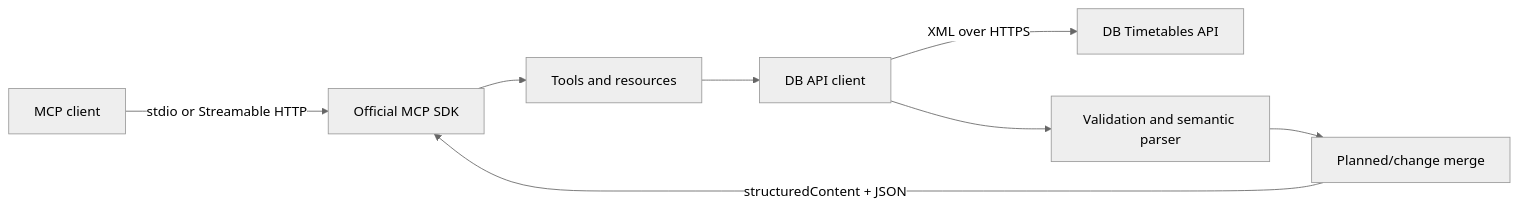
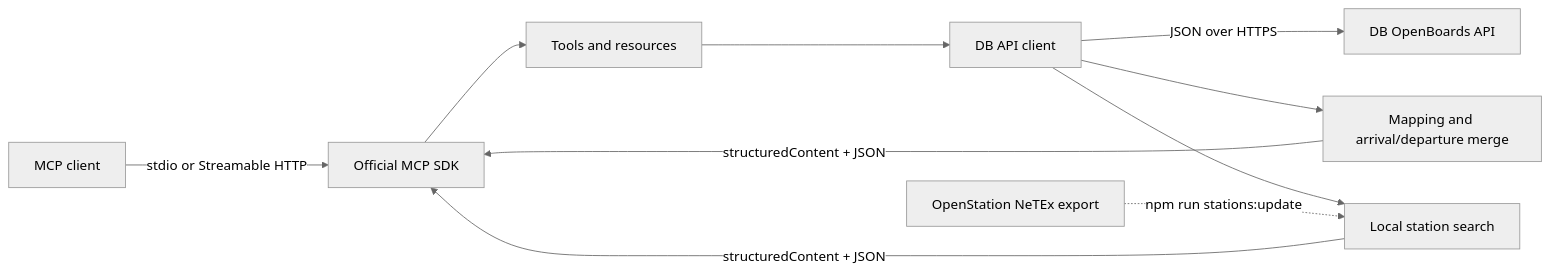
One commit to jorekai/db-timetable-mcp changed the diagram in docs/architecture.md. Above: the diagram before and after it, drawn with Mermaid (neutral theme). The commit also changed other lines of this file and 36 other files, not shown here.

First line of the commit message:
Move the server to the OpenBoards API and release 3.0.0

````diff
--- a/docs/architecture.md
+++ b/docs/architecture.md
@@ -3,10 +3,12 @@
 ```mermaid
 flowchart LR
     Client["MCP client"] -->|"stdio or Streamable HTTP"| Server["Official MCP SDK"]
     Server --> Tools["Tools and resources"]
     Tools --> API["DB API client"]
-    API -->|"XML over HTTPS"| DB["DB Timetables API"]
-    API --> Parser["Validation and semantic parser"]
-    Parser --> Merge["Planned/change merge"]
-    Merge -->|"structuredContent + JSON"| Server
+    API -->|"JSON over HTTPS"| DB["DB OpenBoards API"]
+    API --> Mapper["Mapping and arrival/departure merge"]
+    API --> Search["Local station search"]
+    Export["OpenStation NeTEx export"] -.->|"npm run stations:update"| Search
+    Mapper -->|"structuredContent + JSON"| Server
+    Search -->|"structuredContent + JSON"| Server
 ```
````
